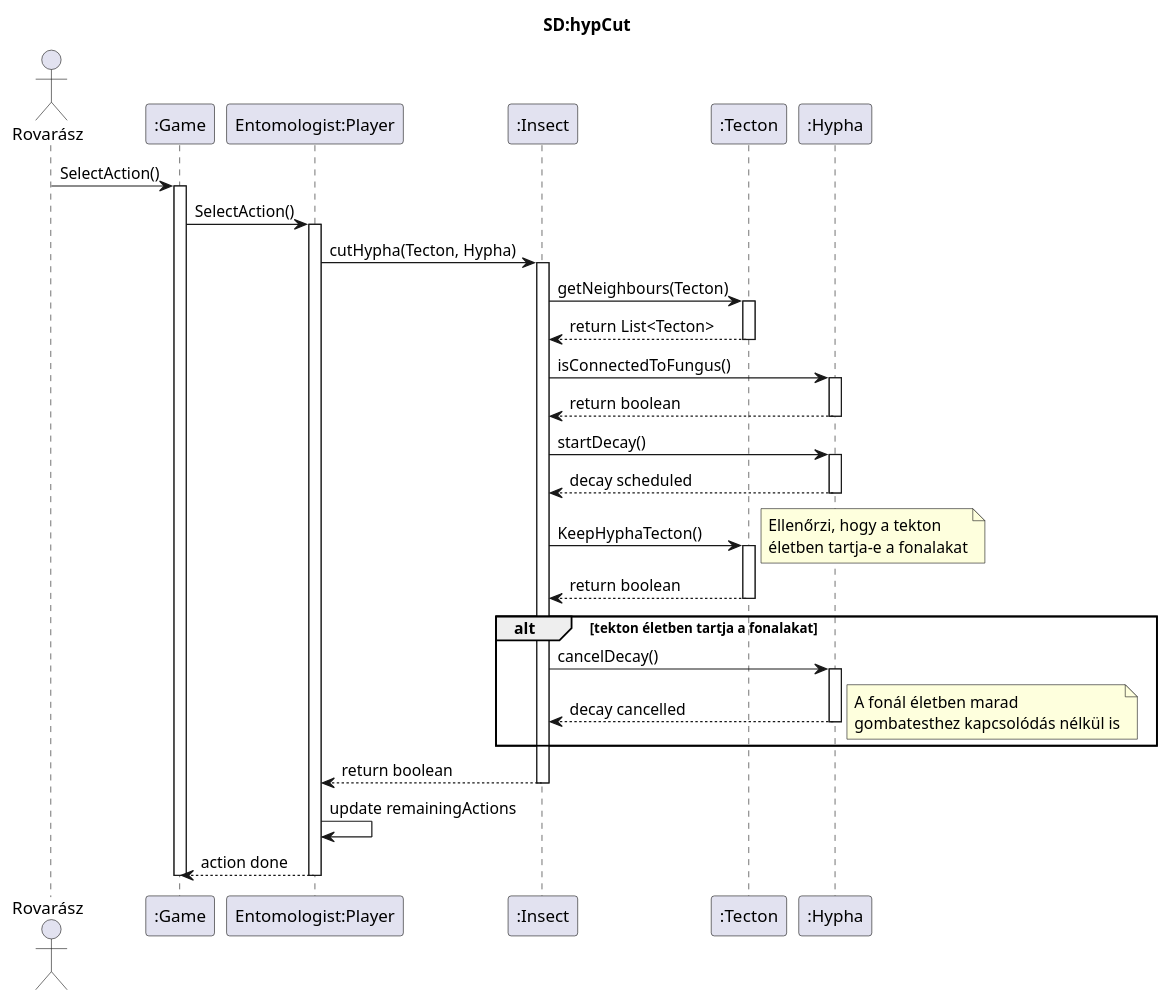
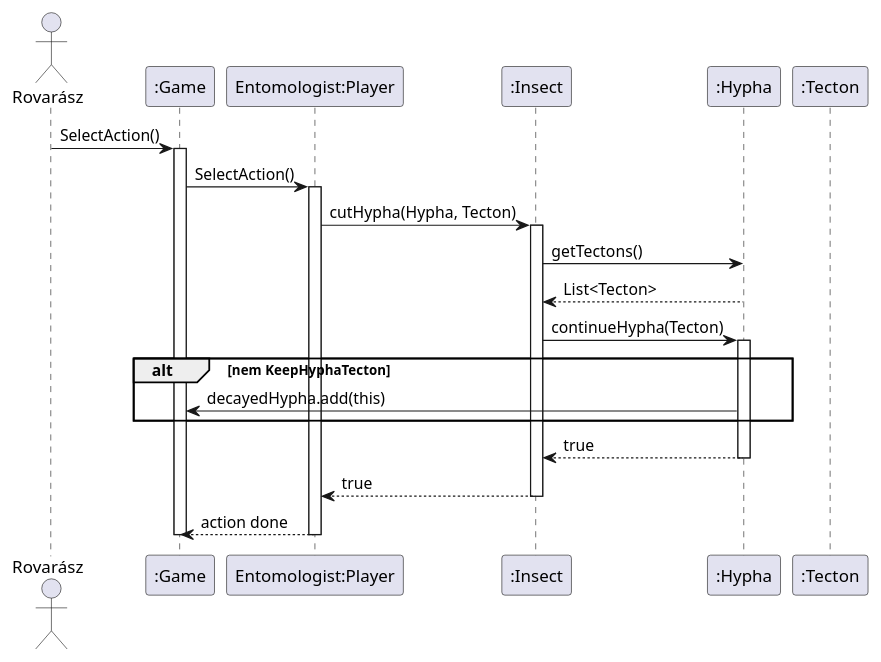
The diagram in docs/Sequence/Gombafonal-vagas.plantuml (hujberhunor/SzomiSztegoProjlab), drawn with PlantUML before and after one commit.

Commit message:
Gombafonal-vagas javítása

```diff
--- a/docs/Sequence/Gombafonal-vagas.plantuml
+++ b/docs/Sequence/Gombafonal-vagas.plantuml
@@ -1,60 +1,38 @@
 @startuml SD_hypCut
-title SD:hypCut
 
 actor Rovarász
 participant ":Game" as Game
 participant "Entomologist:Player" as Player
 participant ":Insect" as Insect
+participant ":Hypha" as Hypha
 participant ":Tecton" as Tecton
-participant ":Hypha" as Hypha
 
 Rovarász -> Game: SelectAction()
 activate Game
 
 Game -> Player: SelectAction()
 activate Player
 
-Player -> Insect: cutHypha(Tecton, Hypha)
+Player -> Insect: cutHypha(Hypha, Tecton)
 activate Insect
 
-Insect -> Tecton: getNeighbours(Tecton)
-activate Tecton
+Insect -> Hypha: getTectons()
+Hypha --> Insect: List<Tecton>
 
-Tecton --> Insect: return List<Tecton>
-deactivate Tecton
-
-Insect -> Hypha: isConnectedToFungus()
+Insect -> Hypha: continueHypha(Tecton)
 activate Hypha
 
-Hypha --> Insect: return boolean
+alt nem KeepHyphaTecton
+    Hypha -> Game: decayedHypha.add(this)
+end
+
+Hypha --> Insect: true
 deactivate Hypha
 
-Insect -> Hypha: startDecay()
-activate Hypha
-
-Hypha --> Insect: decay scheduled
-deactivate Hypha
-
-Insect -> Tecton: KeepHyphaTecton()
-activate Tecton
-note right: Ellenőrzi, hogy a tekton\néletben tartja-e a fonalakat
-Tecton --> Insect: return boolean
-deactivate Tecton
-
-alt tekton életben tartja a fonalakat
-    Insect -> Hypha: cancelDecay()
-    activate Hypha
-    Hypha --> Insect: decay cancelled
-    deactivate Hypha
-    note right: A fonál életben marad\ngombatesthez kapcsolódás nélkül is
-end
-
-Insect --> Player: return boolean
+Insect --> Player: true
 deactivate Insect
-
-Player -> Player: update remainingActions
 
 Player --> Game: action done
 deactivate Player
 deactivate Game
 @enduml
```
